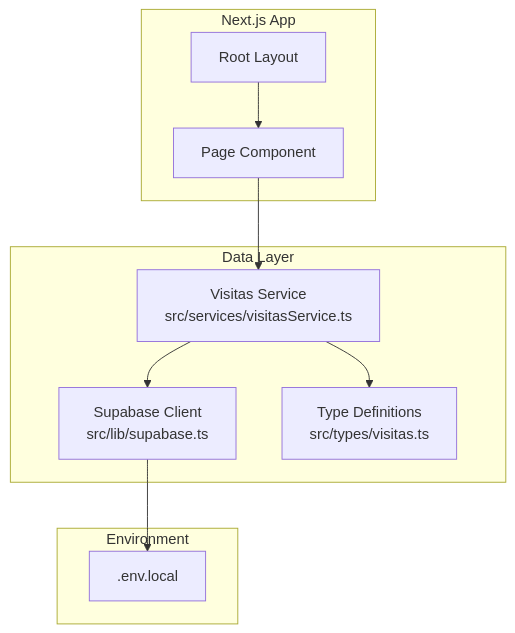
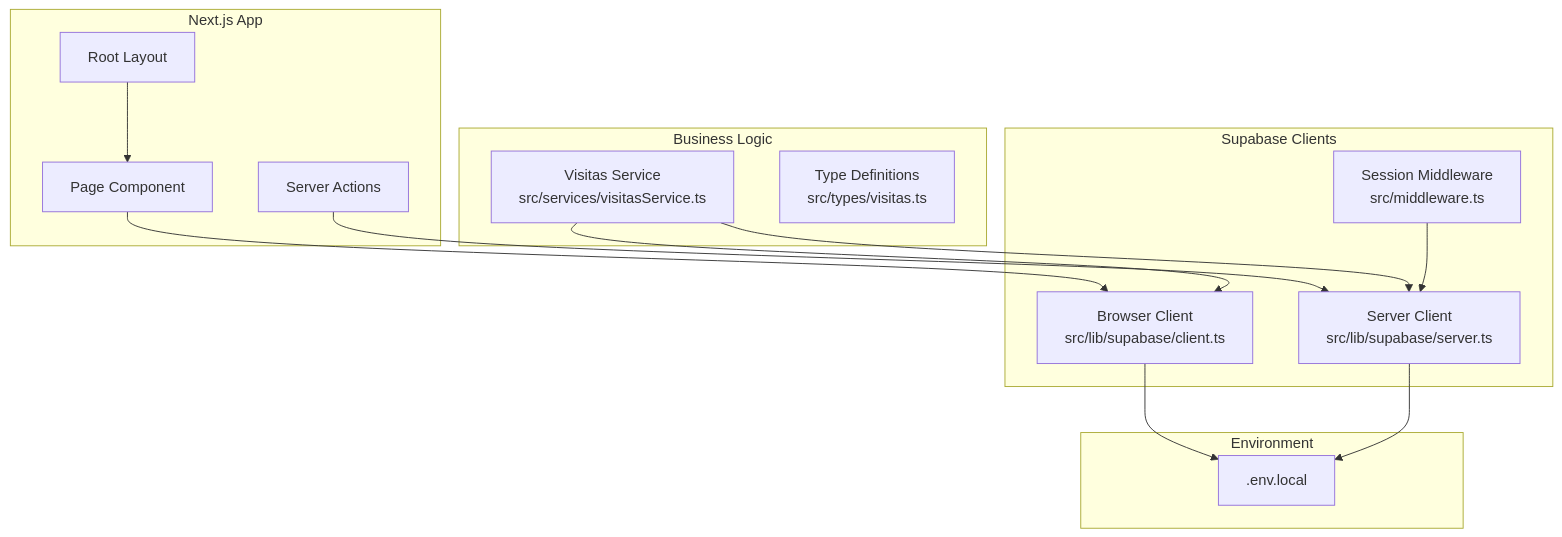
Before and after one commit to AgusCatra/simu-twin-web: the first of 3 diagrams in .qoder/repowiki/en/content/Core Services & Business Logic/Supabase Client Configuration.md, drawn with Mermaid. The commit also changed other lines of this file and 16 other files, not shown here.

````diff
--- a/.qoder/repowiki/en/content/Core Services & Business Logic/Supabase Client Configuration.md
+++ b/.qoder/repowiki/en/content/Core Services & Business Logic/Supabase Client Configuration.md
@@ -34,20 +45,28 @@
 ```mermaid
 graph TB
 subgraph "Next.js App"
 Layout["Root Layout"]
 Page["Page Component"]
+Actions["Server Actions"]
 end
-subgraph "Data Layer"
-Client["Supabase Client<br/>src/lib/supabase.ts"]
+subgraph "Supabase Clients"
+BrowserClient["Browser Client<br/>src/lib/supabase/client.ts"]
+ServerClient["Server Client<br/>src/lib/supabase/server.ts"]
+Middleware["Session Middleware<br/>src/middleware.ts"]
+end
+subgraph "Business Logic"
 Service["Visitas Service<br/>src/services/visitasService.ts"]
 Types["Type Definitions<br/>src/types/visitas.ts"]
 end
 subgraph "Environment"
 Env[".env.local"]
 end
 Layout --> Page
-Page --> Service
-Service --> Client
-Service --> Types
-Client --> Env
+Page --> BrowserClient
+Actions --> ServerClient
+Service --> BrowserClient
+Service --> ServerClient
+Middleware --> ServerClient
+BrowserClient --> Env
+ServerClient --> Env
 ```
````
